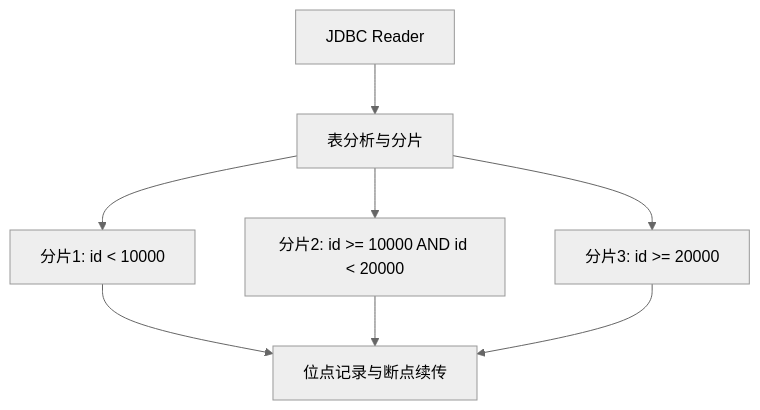
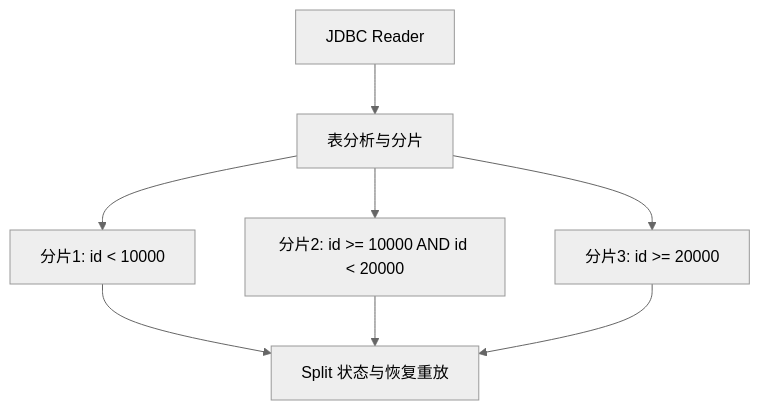
One commit to apache/seatunnel-website changed the fourth of 8 diagrams in i18n/zh-CN/docusaurus-plugin-content-blog/2026-07-25-seatunnel-zero-loss-zero-duplication-data-consistency.md. Above: the diagram before and after it, drawn with Mermaid (neutral theme). The commit also changed other lines of this file and 1 other file, not shown here.

````diff
--- a/i18n/zh-CN/docusaurus-plugin-content-blog/2026-07-25-seatunnel-zero-loss-zero-duplication-data-consistency.md
+++ b/i18n/zh-CN/docusaurus-plugin-content-blog/2026-07-25-seatunnel-zero-loss-zero-duplication-data-consistency.md
@@ -200,10 +207,10 @@
 ```mermaid
 graph TD
     A[JDBC Reader] --> B[表分析与分片]
     B --> C1[分片1: id < 10000]
     B --> C2[分片2: id >= 10000 AND id < 20000]
     B --> C3[分片3: id >= 20000]
-    C1 --> D[位点记录与断点续传]
+    C1 --> D[Split 状态与恢复重放]
     C2 --> D
     C3 --> D
 ```
````
